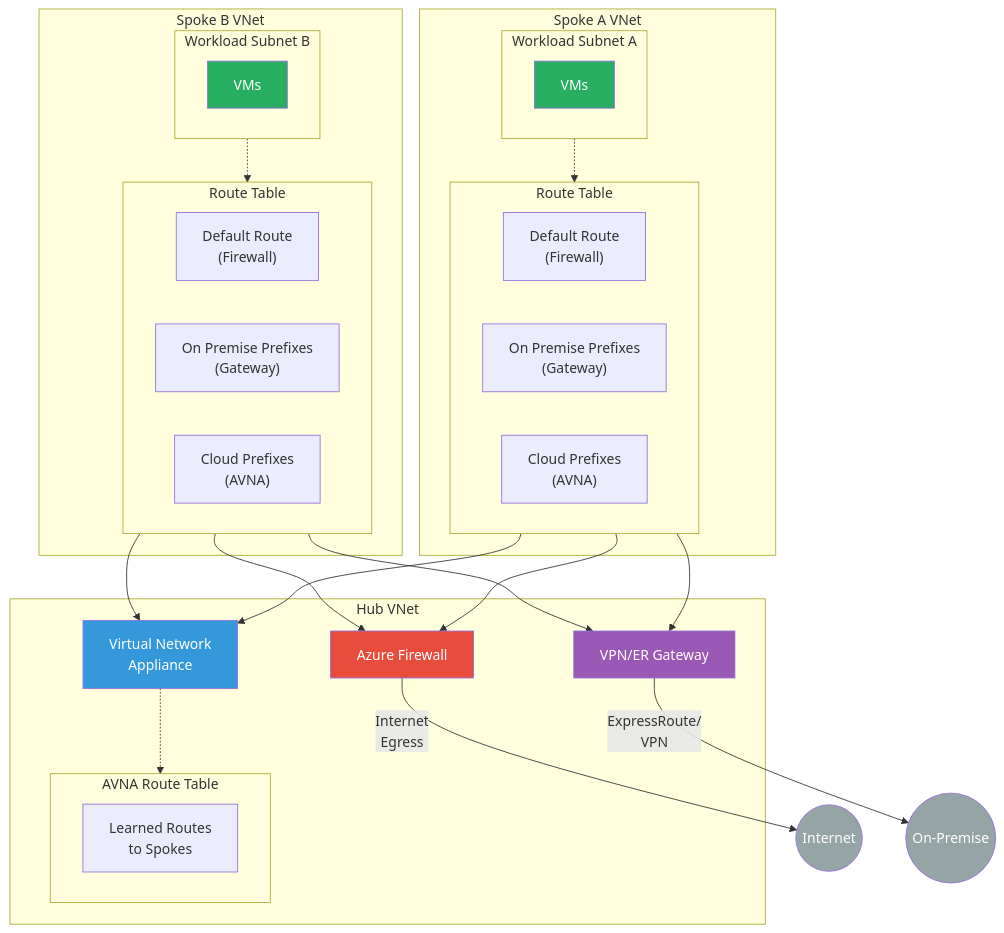
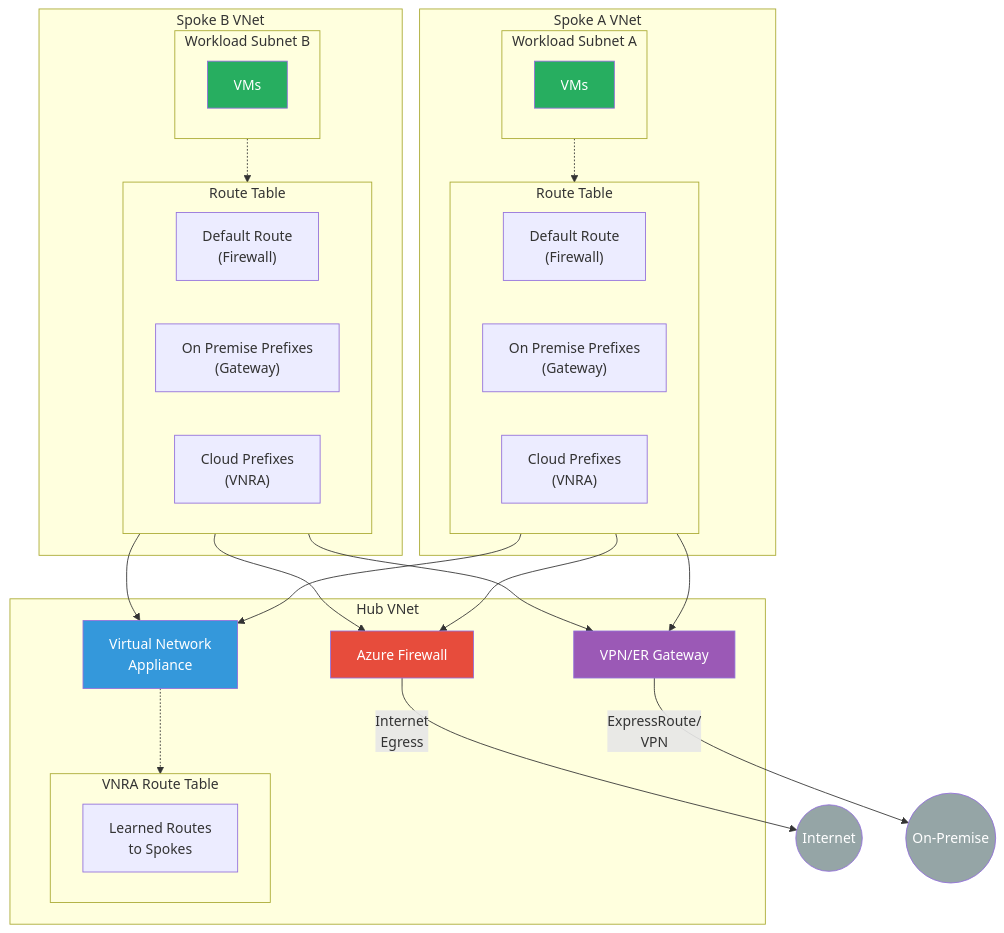
One commit to simonpainter/www.simonpainter.com changed the second of 3 diagrams in blog/azure-virtual-network-appliance.md. Above: the diagram before and after it, drawn with Mermaid. The commit also changed other lines of this file and 2 other files, not shown here.

First line of the commit message:
Blog post: Azure Virtual Network Routing Appliance goes GA (#513)

````diff
--- a/blog/azure-virtual-network-appliance.md
+++ b/blog/azure-virtual-network-appliance.md
@@ -100,60 +100,60 @@
 ```mermaid
 flowchart TB
       accTitle: How do I use it?: flowchart diagram 2
       accDescr: This flowchart diagram shows Hub VNet, Azure Firewall, VPN/ER Gateway, and Virtual Network, Appliance.
     subgraph Hub["Hub VNet"]
         FW["Azure Firewall"]
         GW["VPN/ER Gateway"]
-        AVNA["Virtual Network<br/>Appliance"]
-        subgraph AVNART["AVNA Route Table"]
-            AVNART1["Learned Routes<br/>to Spokes"]
+        VNRA["Virtual Network<br/>Appliance"]
+        subgraph VNRART["VNRA Route Table"]
+            VNRART1["Learned Routes<br/>to Spokes"]
         end
     end
     
-    AVNA -.-> AVNART
+    VNRA -.-> VNRART
     
     subgraph SpokeA["Spoke A VNet"]
         subgraph SubnetA1["Workload Subnet A"]
             VMA["VMs"]
         end
         subgraph RTA["Route Table"]
             direction LR
             RTA1["Default Route<br/>(Firewall)"]
             RTA2["On Premise Prefixes<br/>(Gateway)"]
-            RTA3["Cloud Prefixes<br/>(AVNA)"]
+            RTA3["Cloud Prefixes<br/>(VNRA)"]
         end
     end
     
     subgraph SpokeB["Spoke B VNet"]
         subgraph SubnetB1["Workload Subnet B"]
             VMB["VMs"]
         end
         subgraph RTB["Route Table"]
             direction LR
             RTB1["Default Route<br/>(Firewall)"]
             RTB2["On Premise Prefixes<br/>(Gateway)"]
-            RTB3["Cloud Prefixes<br/>(AVNA)"]
+            RTB3["Cloud Prefixes<br/>(VNRA)"]
         end
     end
     
     SubnetA1 -.-> RTA
     SubnetB1 -.-> RTB
     
     RTA1 --> FW
     RTA2 --> GW
-    RTA3 --> AVNA
+    RTA3 --> VNRA
     RTB1 --> FW
     RTB2 --> GW
-    RTB3 --> AVNA
+    RTB3 --> VNRA
     
     FW -->|"Internet<br/>Egress"| Internet((Internet))
     GW -->|"ExpressRoute/<br/>VPN"| OnPrem((On-Premise))
     
     style FW fill:#e74c3c,color:#fff
     style GW fill:#9b59b6,color:#fff
-    style AVNA fill:#3498db,color:#fff
+    style VNRA fill:#3498db,color:#fff
     style VMA fill:#27ae60,color:#fff
     style VMB fill:#27ae60,color:#fff
     style Internet fill:#95a5a6,color:#fff
     style OnPrem fill:#95a5a6,color:#fff
 ```
````
